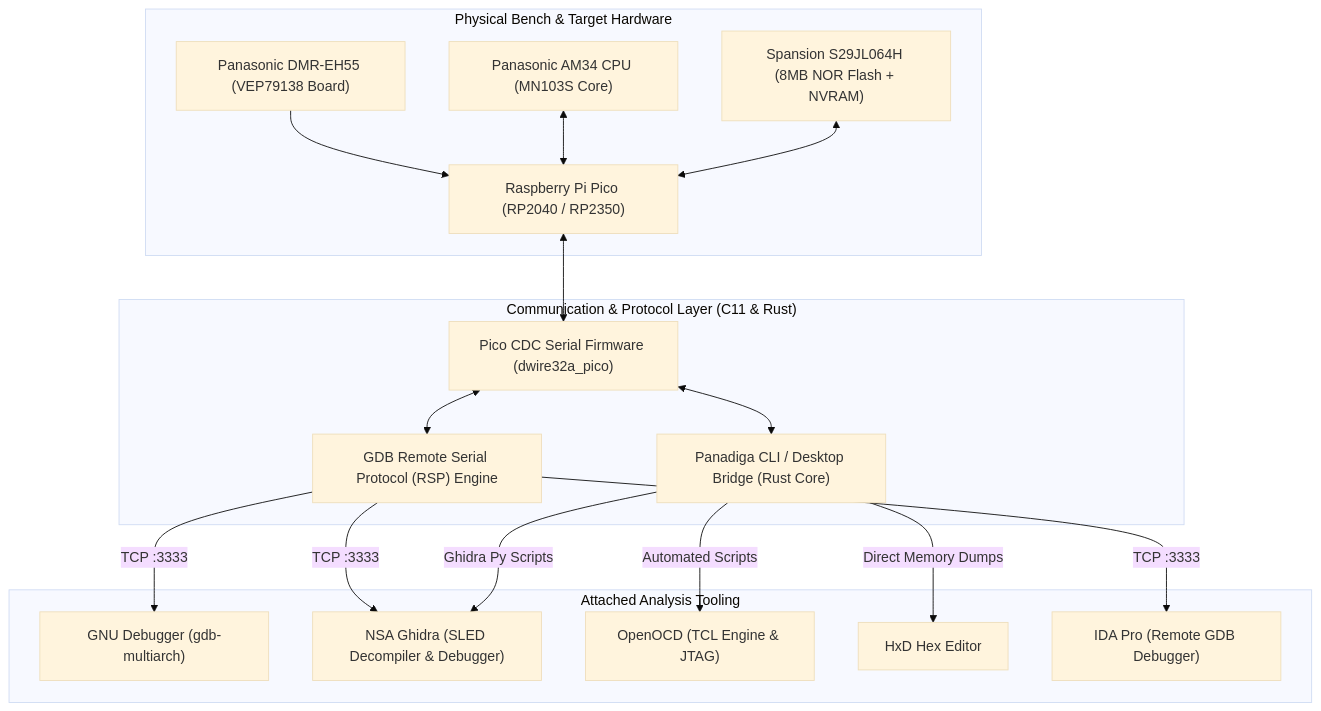
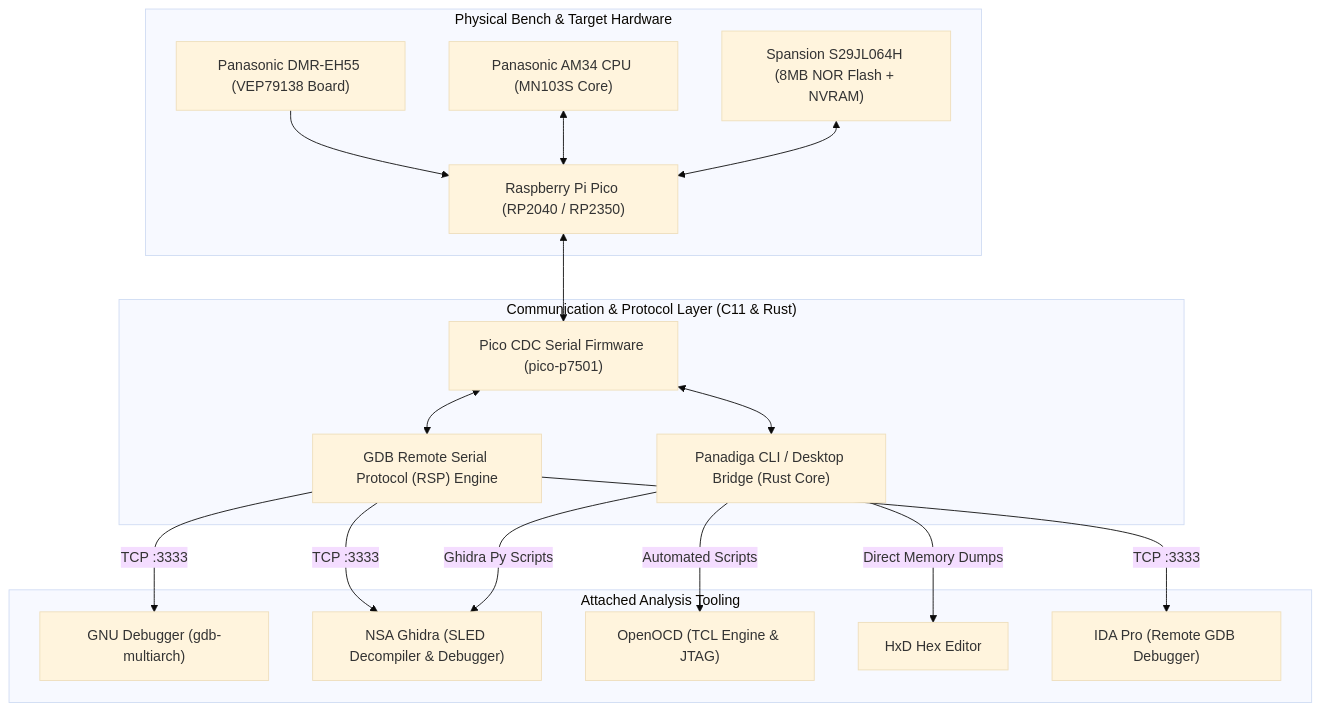
One commit to danielchrono/Panadiga changed the diagram in docs/en-US/GHIDRA_GDB_INTEGRATION_STRATEGY.md. Above: the diagram before and after it, drawn with Mermaid (base theme). The commit also changed 775 other files, not shown here.

````diff
--- a/docs/en-US/GHIDRA_GDB_INTEGRATION_STRATEGY.md
+++ b/docs/en-US/GHIDRA_GDB_INTEGRATION_STRATEGY.md
@@ -13,36 +13,36 @@
 ```mermaid
 flowchart TD
     subgraph Hardware ["Physical Bench & Target Hardware"]
         PAN["Panasonic DMR-EH55 (VEP79138 Board)"]
         SPANSION["Spansion S29JL064H (8MB NOR Flash + NVRAM)"]
         AM34["Panasonic AM34 CPU (MN103S Core)"]
         PICO["Raspberry Pi Pico (RP2040 / RP2350)"]
         PAN --> PICO
         AM34 <--> PICO
         SPANSION <--> PICO
     end
 
     subgraph CoreBridge ["Communication & Protocol Layer (C11 & Rust)"]
-        CDC["Pico CDC Serial Firmware (dwire32a_pico)"]
+        CDC["Pico CDC Serial Firmware (pico-p7501)"]
         RSP["GDB Remote Serial Protocol (RSP) Engine"]
         PANAPICO["Panadiga CLI / Desktop Bridge (Rust Core)"]
         PICO <--> CDC
         CDC <--> RSP
         CDC <--> PANAPICO
     end
 
     subgraph Ecosystem ["Attached Analysis Tooling"]
         GDB["GNU Debugger (gdb-multiarch)"]
         GHIDRA["NSA Ghidra (SLED Decompiler & Debugger)"]
         OPENOCD["OpenOCD (TCL Engine & JTAG)"]
         HXD["HxD Hex Editor"]
         IDA["IDA Pro (Remote GDB Debugger)"]
     end
 
     RSP -- "TCP :3333" --> GDB
     RSP -- "TCP :3333" --> GHIDRA
     RSP -- "TCP :3333" --> IDA
     PANAPICO -- "Automated Scripts" --> OPENOCD
     PANAPICO -- "Direct Memory Dumps" --> HXD
     PANAPICO -- "Ghidra Py Scripts" --> GHIDRA
 ```
````
